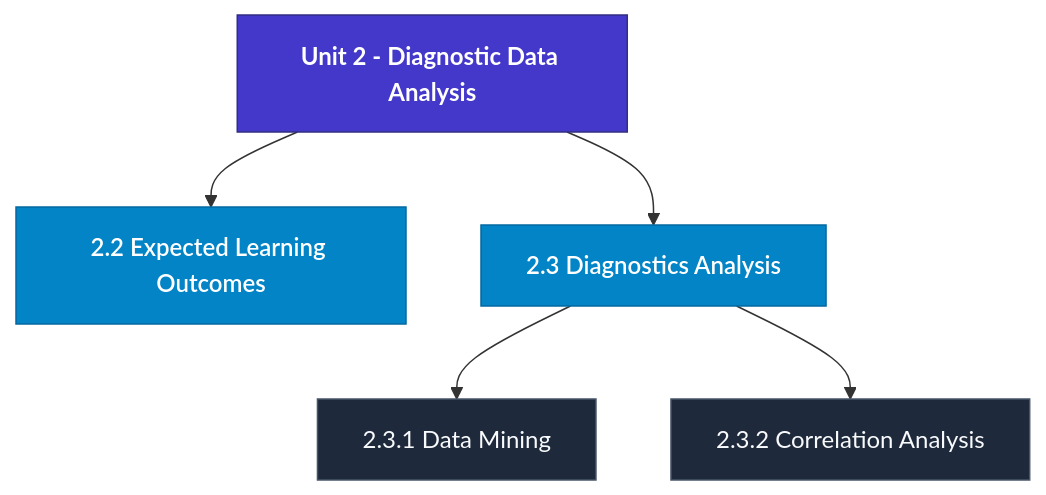
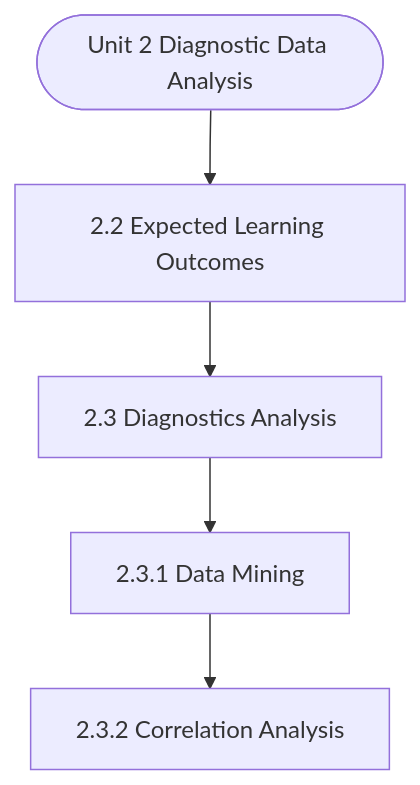
One commit to Asutosh-Coaching/mscdsa changed the diagram in notes/Semester_2/MCS-068_Predictive_Data_Analysis/unit_02_Diagnostic_Data_Analysis.md. Above: the diagram before and after it, drawn with Mermaid. The commit also changed other lines of this file and 115 other files, not shown here.

Commit message:
Fix Mermaid layout for mobile, isolate LaTeX delimiters, and add GitHub Pages reader

````diff
--- a/notes/Semester_2/MCS-068_Predictive_Data_Analysis/unit_02_Diagnostic_Data_Analysis.md
+++ b/notes/Semester_2/MCS-068_Predictive_Data_Analysis/unit_02_Diagnostic_Data_Analysis.md
@@ -19,17 +19,12 @@
 ```mermaid
 flowchart TD
-  %% Styling Definitions
-  classDef head fill:#4338ca,stroke:#312e81,color:#ffffff,font-weight:bold;
-  classDef topic fill:#0284c7,stroke:#0369a1,color:#ffffff,font-weight:600;
-  classDef sub fill:#1e293b,stroke:#475569,color:#f8fafc;
-
-  Root["Unit 2 - Diagnostic Data Analysis"]:::head
-  M1["2.2 Expected Learning Outcomes"]:::topic
-  Root --> M1
-  M2["2.3 Diagnostics Analysis"]:::topic
-  Root --> M2
-  M2_1["2.3.1 Data Mining"]:::sub
-  M2 --> M2_1
-  M2_2["2.3.2 Correlation Analysis"]:::sub
-  M2 --> M2_2
+  Start(["Unit 2 Diagnostic Data Analysis"])
+  N1["2.2 Expected Learning Outcomes"]
+  N2["2.3 Diagnostics Analysis"]
+  N3["2.3.1 Data Mining"]
+  N4["2.3.2 Correlation Analysis"]
+  Start --> N1
+  N1 --> N2
+  N2 --> N3
+  N3 --> N4
 ```
````
